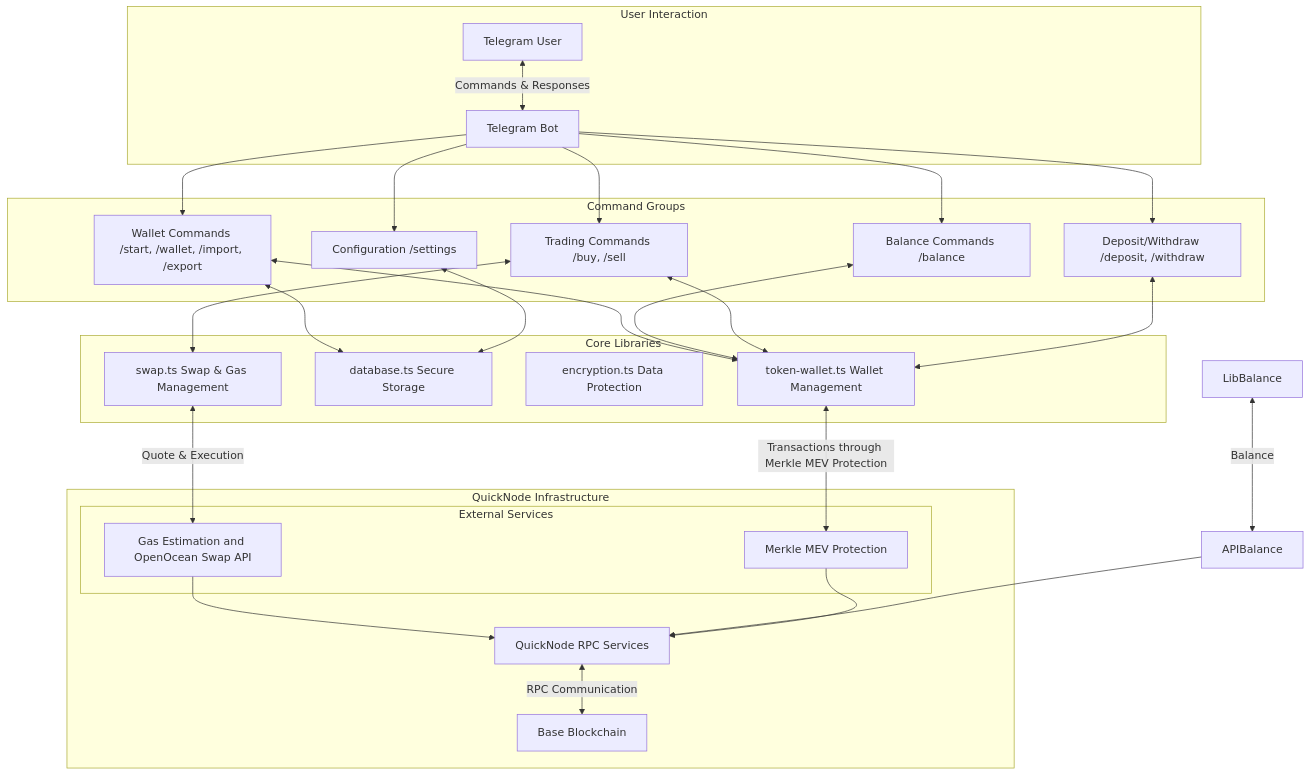
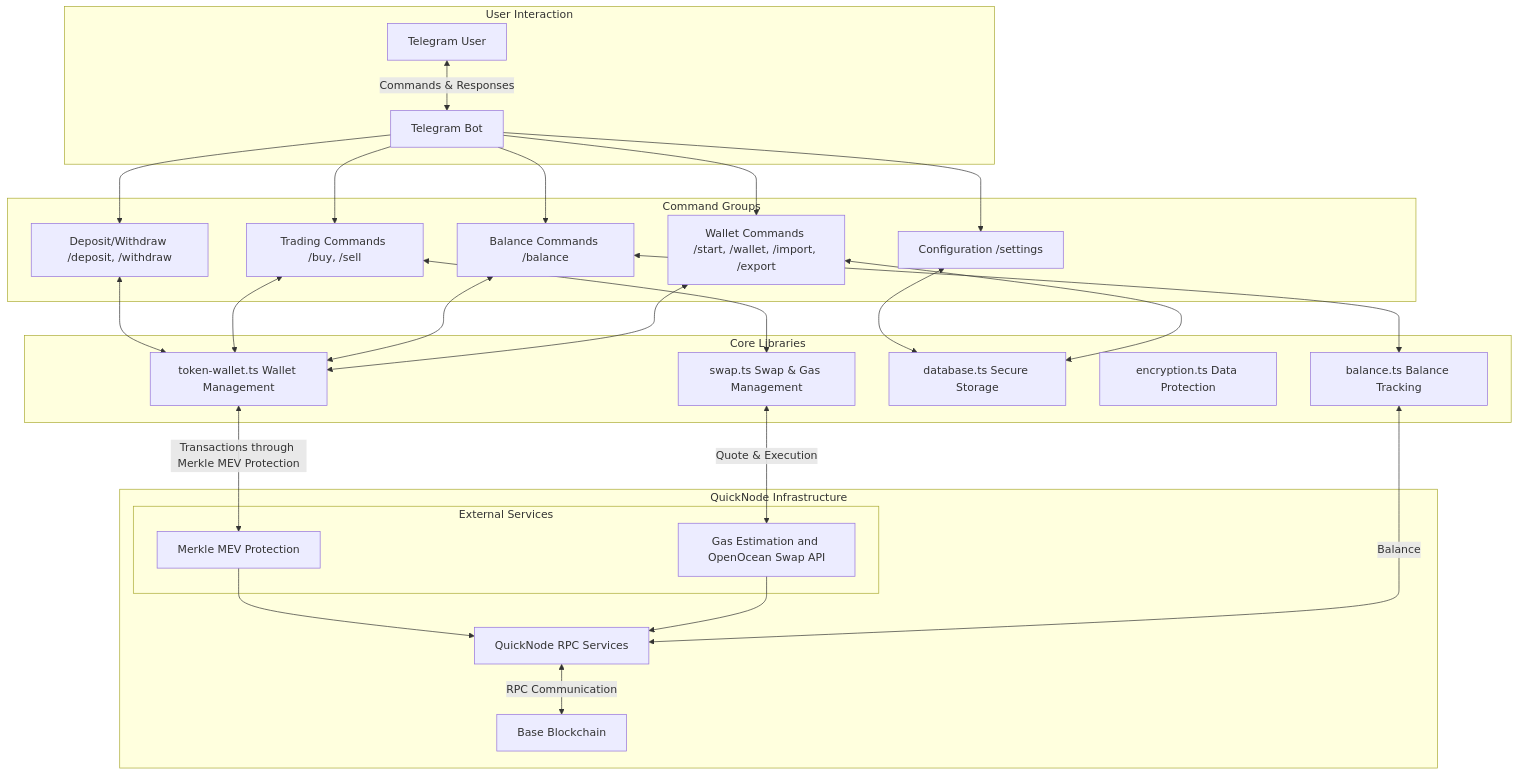
The diagram in base/telegram-trading-bot/README.md (quiknode-labs/qn-guide-examples), drawn with Mermaid before and after one commit.

Commit message:
update diagram

````diff
--- a/base/telegram-trading-bot/README.md
+++ b/base/telegram-trading-bot/README.md
@@ -46,59 +46,43 @@
 ```mermaid
 flowchart TD
-    subgraph "User Interaction"
+ subgraph subGraph0["User Interaction"]
         User["Telegram User"]
         Bot["Telegram Bot"]
-    end
-
-    subgraph "Command Groups"
+  end
+ subgraph subGraph1["Command Groups"]
         WalletCmds["Wallet Commands /start, /wallet, /import, /export"]
         BalanceCmds["Balance Commands /balance"]
         TradeCmds["Trading Commands /buy, /sell"]
         ConfigCmds["Configuration /settings"]
         DepositCmds["Deposit/Withdraw /deposit, /withdraw"]
-    end
-    
-    subgraph "Core Libraries"
+  end
+ subgraph subGraph2["Core Libraries"]
         LibWallet["token-wallet.ts Wallet Management"]
+        LibBalance["balance.ts Balance Tracking"]
         LibDatabase["database.ts Secure Storage"]
         LibEncryption["encryption.ts Data Protection"]
         LibSwap["swap.ts Swap & Gas Management"]
-    end
-    
-    User <-->|Commands & Responses| Bot
-    
+  end
+ subgraph subGraph3["External Services"]
+        APISwap["Gas Estimation and OpenOcean Swap API"]
+        MEVProtection["Merkle MEV Protection"]
+  end
+ subgraph subGraph4["QuickNode Infrastructure"]
+        subGraph3
+        QuickNode["QuickNode RPC Services"]
+        Blockchain["Base Blockchain"]
+  end
+    User <-- Commands & Responses --> Bot
     Bot --> WalletCmds & BalanceCmds & TradeCmds & ConfigCmds & DepositCmds
-    
-    WalletCmds <--> LibWallet
-    WalletCmds <--> LibDatabase
-    
-    BalanceCmds <--> LibWallet
-    
-    TradeCmds <--> LibWallet
-    TradeCmds <--> LibSwap
-    
+    WalletCmds <--> LibWallet & LibDatabase
+    BalanceCmds <--> LibWallet & LibBalance
+    TradeCmds <--> LibWallet & LibSwap
     DepositCmds <--> LibWallet
-    
     ConfigCmds <--> LibDatabase
-    
-    subgraph "QuickNode Infrastructure"
-        QuickNode["QuickNode RPC Services"]
-        
-        subgraph "External Services"
-            APISwap["Gas Estimation and OpenOcean Swap API"]
-            MEVProtection["Merkle MEV Protection"]
-        end
-        
-        Blockchain["Base Blockchain"]
-    end
-    
-    LibSwap <-->|Quote & Execution| APISwap
-    LibBalance <-->|Balance| APIBalance
-    LibWallet <-->|Transactions through Merkle MEV Protection| MEVProtection
-    
+    LibSwap <-- Quote & Execution --> APISwap
+    LibBalance <-- Balance --> QuickNode
+    LibWallet <-- Transactions through Merkle MEV Protection --> MEVProtection
     APISwap --> QuickNode
-    APIBalance --> QuickNode
     MEVProtection --> QuickNode
-    
-    QuickNode <-->|RPC Communication| Blockchain
+    QuickNode <-- RPC Communication --> Blockchain
 ```
````
